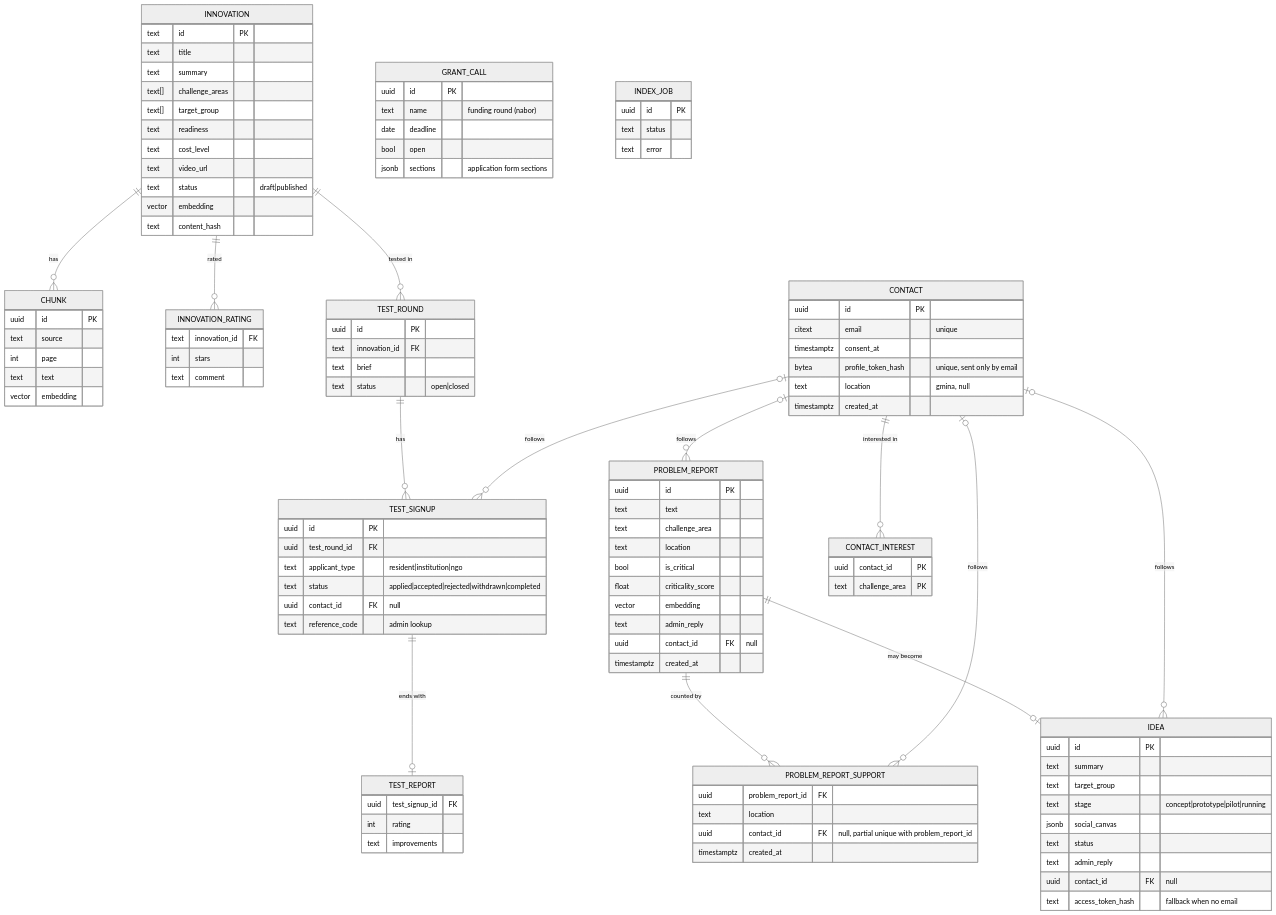
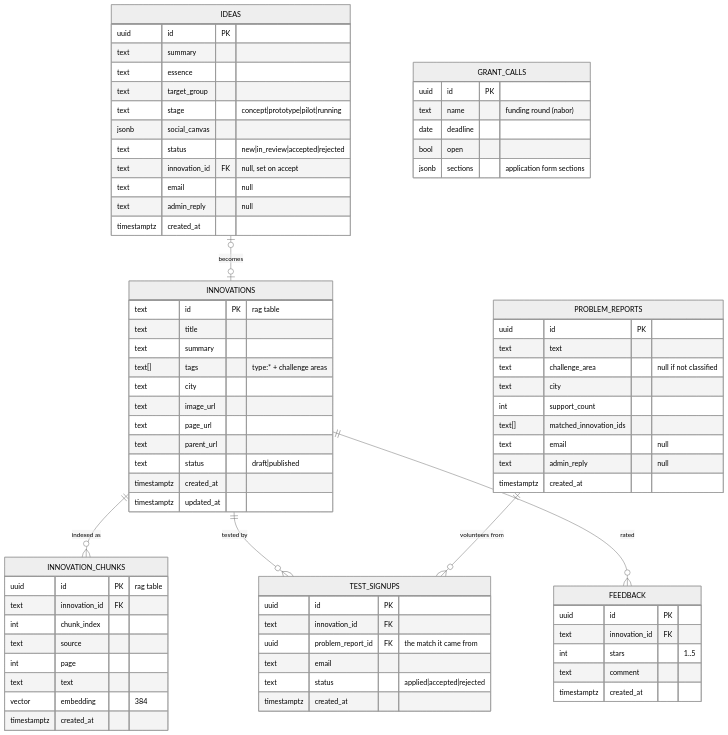
One commit to DziadBud/HackYeah2026 changed the fourth of 4 diagrams in documentation/backend/architecture.md. Above: the diagram before and after it, drawn with Mermaid (neutral theme). The commit also changed other lines of this file and 4 other files, not shown here.

````diff
--- a/documentation/backend/architecture.md
+++ b/documentation/backend/architecture.md
@@ -155,112 +162,77 @@
 ```mermaid
 erDiagram
-    INNOVATION ||--o{ CHUNK : has
-    PROBLEM_REPORT ||--o{ PROBLEM_REPORT_SUPPORT : "counted by"
-    PROBLEM_REPORT ||--o| IDEA : "may become"
-    INNOVATION ||--o{ INNOVATION_RATING : rated
-    INNOVATION ||--o{ TEST_ROUND : "tested in"
-    TEST_ROUND ||--o{ TEST_SIGNUP : has
-    TEST_SIGNUP ||--o| TEST_REPORT : "ends with"
-    CONTACT |o--o{ TEST_SIGNUP : "follows"
-    CONTACT ||--o{ CONTACT_INTEREST : "interested in"
-    CONTACT |o--o{ PROBLEM_REPORT : "follows"
-    CONTACT |o--o{ PROBLEM_REPORT_SUPPORT : "follows"
-    CONTACT |o--o{ IDEA : "follows"
-    INNOVATION {
-        text id PK
+    INNOVATIONS ||--o{ INNOVATION_CHUNKS : "indexed as"
+    INNOVATIONS ||--o{ TEST_SIGNUPS : "tested by"
+    INNOVATIONS ||--o{ FEEDBACK : rated
+    PROBLEM_REPORTS ||--o{ TEST_SIGNUPS : "volunteers from"
+    IDEAS |o--o| INNOVATIONS : "becomes"
+    INNOVATIONS {
+        text id PK "rag table"
         text title
         text summary
-        text[] challenge_areas
-        text[] target_group
-        text readiness
-        text cost_level
-        text video_url
+        text[] tags "type:* + challenge areas"
+        text city
+        text image_url
+        text page_url
+        text parent_url
         text status "draft|published"
-        vector embedding
-        text content_hash
+        timestamptz created_at
+        timestamptz updated_at
     }
-    CHUNK {
-        uuid id PK
+    INNOVATION_CHUNKS {
+        uuid id PK "rag table"
+        text innovation_id FK
+        int chunk_index
         text source
         int page
         text text
-        vector embedding
+        vector embedding "384"
+        timestamptz created_at
     }
-    PROBLEM_REPORT {
+    PROBLEM_REPORTS {
         uuid id PK
         text text
-        text challenge_area
-        text location
-        bool is_critical
-        float criticality_score
-        vector embedding
-        text admin_reply
-        uuid contact_id FK "null"
+        text challenge_area "null if not classified"
+        text city
+        int support_count
+        text[] matched_innovation_ids
+        text email "null"
+        text admin_reply "null"
         timestamptz created_at
     }
-    PROBLEM_REPORT_SUPPORT {
-        uuid problem_report_id FK
-        text location
-        uuid contact_id FK "null, partial unique with problem_report_id"
-        timestamptz created_at
-    }
-    IDEA {
+    IDEAS {
         uuid id PK
         text summary
+        text essence
         text target_group
         text stage "concept|prototype|pilot|running"
         jsonb social_canvas
-        text status
-        text admin_reply
-        uuid contact_id FK "null"
-        text access_token_hash "fallback when no email"
-    }
-    CONTACT {
-        uuid id PK
-        citext email "unique"
-        timestamptz consent_at
-        bytea profile_token_hash "unique, sent only by email"
-        text location "gmina, null"
+        text status "new|in_review|accepted|rejected"
+        text innovation_id FK "null, set on accept"
+        text email "null"
+        text admin_reply "null"
         timestamptz created_at
     }
-    CONTACT_INTEREST {
-        uuid contact_id PK
-        text challenge_area PK
-    }
-    TEST_ROUND {
-        uuid id PK
-        text innovation_id FK
-        text brief
-        text status "open|closed"
-    }
-    TEST_SIGNUP {
-        uuid id PK
-        uuid test_round_id FK
-        text applicant_type "resident|institution|ngo"
-        text status "applied|accepted|rejected|withdrawn|completed"
-        uuid contact_id FK "null"
-        text reference_code "admin lookup"
-    }
-    TEST_REPORT {
-        uuid test_signup_id FK
-        int rating
-        text improvements
-    }
-    INNOVATION_RATING {
-        text innovation_id FK
-        int stars
-        text comment
-    }
-    GRANT_CALL {
+    GRANT_CALLS {
         uuid id PK
         text name "funding round (nabor)"
         date deadline
         bool open
         jsonb sections "application form sections"
     }
-    INDEX_JOB {
+    TEST_SIGNUPS {
         uuid id PK
-        text status
-        text error
+        text innovation_id FK
+        uuid problem_report_id FK "the match it came from"
+        text email
+        text status "applied|accepted|rejected"
+        timestamptz created_at
+    }
+    FEEDBACK {
+        uuid id PK
+        text innovation_id FK
+        int stars "1..5"
+        text comment
+        timestamptz created_at
     }
 ```
````
